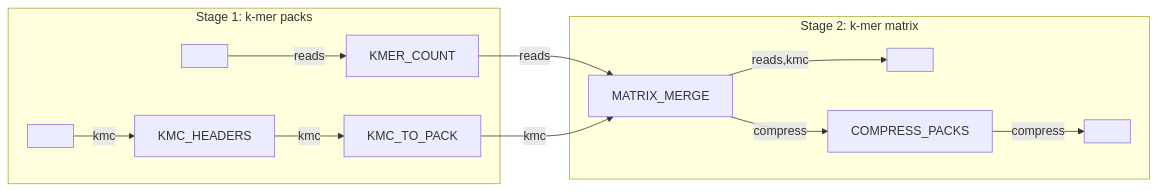
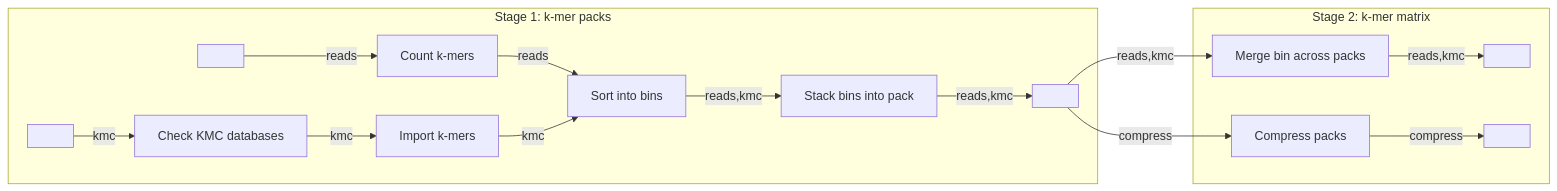
The diagram in docs/images/metro_map.mmd (mjfi2sb3/kmer-gwas-cpp), drawn with Mermaid before and after one commit. The commit also changed 2 other files, not shown here.

Commit message:
- Show the binning and the pack file in the metro map

```diff
--- a/docs/images/metro_map.mmd
+++ b/docs/images/metro_map.mmd
@@ -1,38 +1,46 @@
 %%metro style: nfcore
-%%metro file: fastq_in | FASTQ
-%%metro file: kmc_in | KMC
+%%metro file: reads_in | FASTQ/FASTA
+%%metro file: kmc_in | KMC DB
+%%metro file: pack_file | KBIN
 %%metro file: matrix_out | MATRIX
-%%metro file: packs_gz | GZ
+%%metro file: packs_gz | KBIN.GZ
 %%metro line: reads | Input: reads (--input_mode reads) | #2db572
 %%metro line: kmc | Input: KMC databases (--input_mode kmc) | #0570b0
 %%metro line: compress | Optional: compress packs (--compress_kbin_packs) | #f5c542 | dashed
 %%metro legend: bl
+%%metro x_spacing: 120
 
 graph LR
     subgraph stage1 [Stage 1: k-mer packs]
         %%metro exit: right | reads, kmc
-        fastq_in[ ]
+        reads_in[ ]
         kmc_in[ ]
-        kmer_count[KMER_COUNT]
-        kmc_headers[KMC_HEADERS]
-        kmc_to_pack[KMC_TO_PACK]
+        kmer_count[Count k-mers]
+        kmc_headers[Check KMC databases]
+        kmc_to_pack[Import k-mers]
+        sort_bins[Sort into bins]
+        stack_pack[Stack bins into pack]
+        pack_file[ ]
 
-        fastq_in -->|reads| kmer_count
+        reads_in -->|reads| kmer_count
         kmc_in -->|kmc| kmc_headers
         kmc_headers -->|kmc| kmc_to_pack
+        kmer_count -->|reads| sort_bins
+        kmc_to_pack -->|kmc| sort_bins
+        sort_bins -->|reads,kmc| stack_pack
+        stack_pack -->|reads,kmc| pack_file
     end
 
     subgraph stage2 [Stage 2: k-mer matrix]
         %%metro entry: left | reads, kmc
-        matrix_merge[MATRIX_MERGE]
+        matrix_merge[Merge bin across packs]
         matrix_out[ ]
-        compress_packs[COMPRESS_PACKS]
+        compress_packs[Compress packs]
         packs_gz[ ]
 
         matrix_merge -->|reads,kmc| matrix_out
-        matrix_merge -->|compress| compress_packs
         compress_packs -->|compress| packs_gz
     end
 
-    kmer_count -->|reads| matrix_merge
-    kmc_to_pack -->|kmc| matrix_merge
+    pack_file -->|reads,kmc| matrix_merge
+    pack_file -->|compress| compress_packs
```
